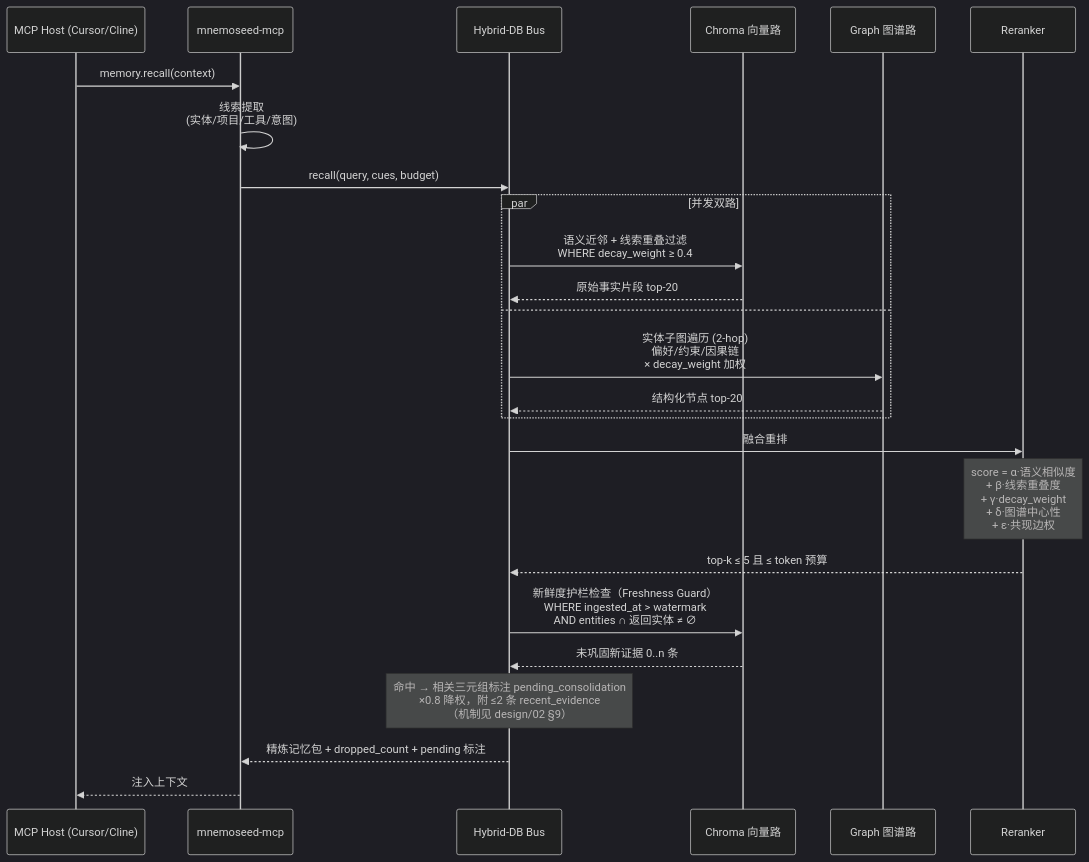
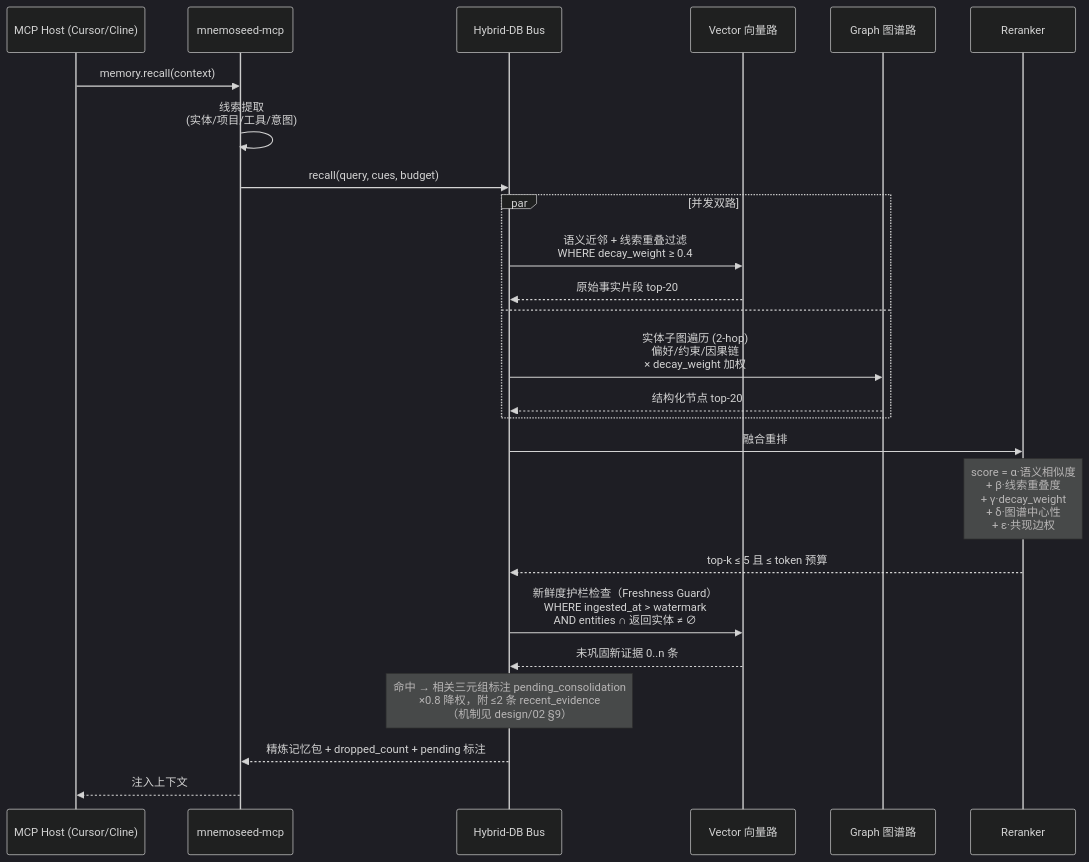
Before and after one commit to MnemoSeed/mnemoseed: the first of 2 diagrams in docs/design/03-存储与检索.md, drawn with Mermaid (dark theme). The commit also changed other lines of this file and 3 other files, not shown here.

````diff
--- a/docs/design/03-存储与检索.md
+++ b/docs/design/03-存储与检索.md
@@ -36,28 +42,28 @@
 ```mermaid
 sequenceDiagram
     participant Host as MCP Host (Cursor/Cline)
     participant GW as mnemoseed-mcp
     participant HB as Hybrid-DB Bus
-    participant V as Chroma 向量路
+    participant V as Vector 向量路
     participant G as Graph 图谱路
     participant RR as Reranker
 
     Host->>GW: memory.recall(context)
     GW->>GW: 线索提取<br/>(实体/项目/工具/意图)
     GW->>HB: recall(query, cues, budget)
     par 并发双路
         HB->>V: 语义近邻 + 线索重叠过滤<br/>WHERE decay_weight ≥ 0.4
         V-->>HB: 原始事实片段 top-20
     and
         HB->>G: 实体子图遍历 (2-hop)<br/>偏好/约束/因果链<br/>× decay_weight 加权
         G-->>HB: 结构化节点 top-20
     end
     HB->>RR: 融合重排
     Note over RR: score = α·语义相似度<br/>+ β·线索重叠度<br/>+ γ·decay_weight<br/>+ δ·图谱中心性<br/>+ ε·共现边权
     RR-->>HB: top-k ≤ 5 且 ≤ token 预算
     HB->>V: 新鲜度护栏检查（Freshness Guard）<br/>WHERE ingested_at > watermark<br/>AND entities ∩ 返回实体 ≠ ∅
     V-->>HB: 未巩固新证据 0..n 条
     Note over HB: 命中 → 相关三元组标注 pending_consolidation<br/>×0.8 降权，附 ≤2 条 recent_evidence<br/>（机制见 design/02 §9）
     HB-->>GW: 精炼记忆包 + dropped_count + pending 标注
     GW-->>Host: 注入上下文
 ```
````
